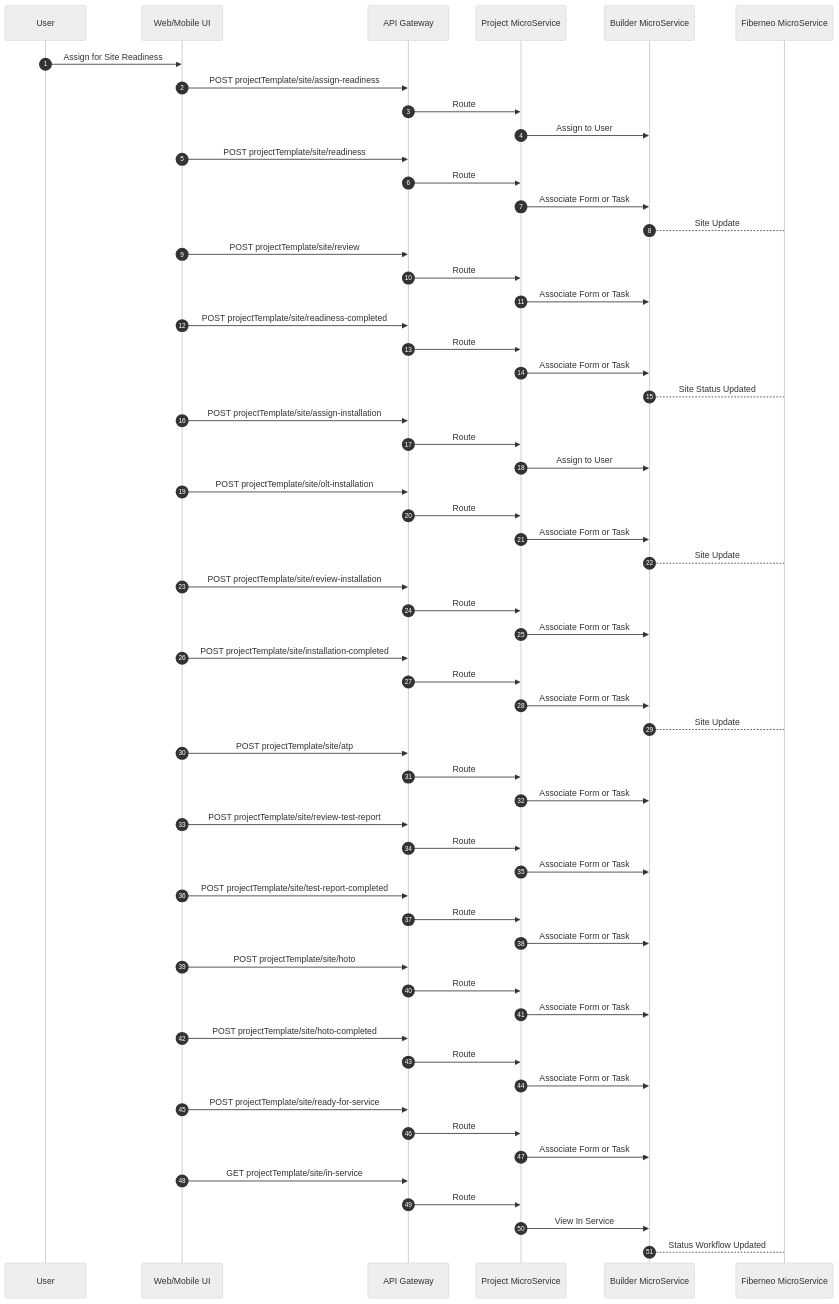
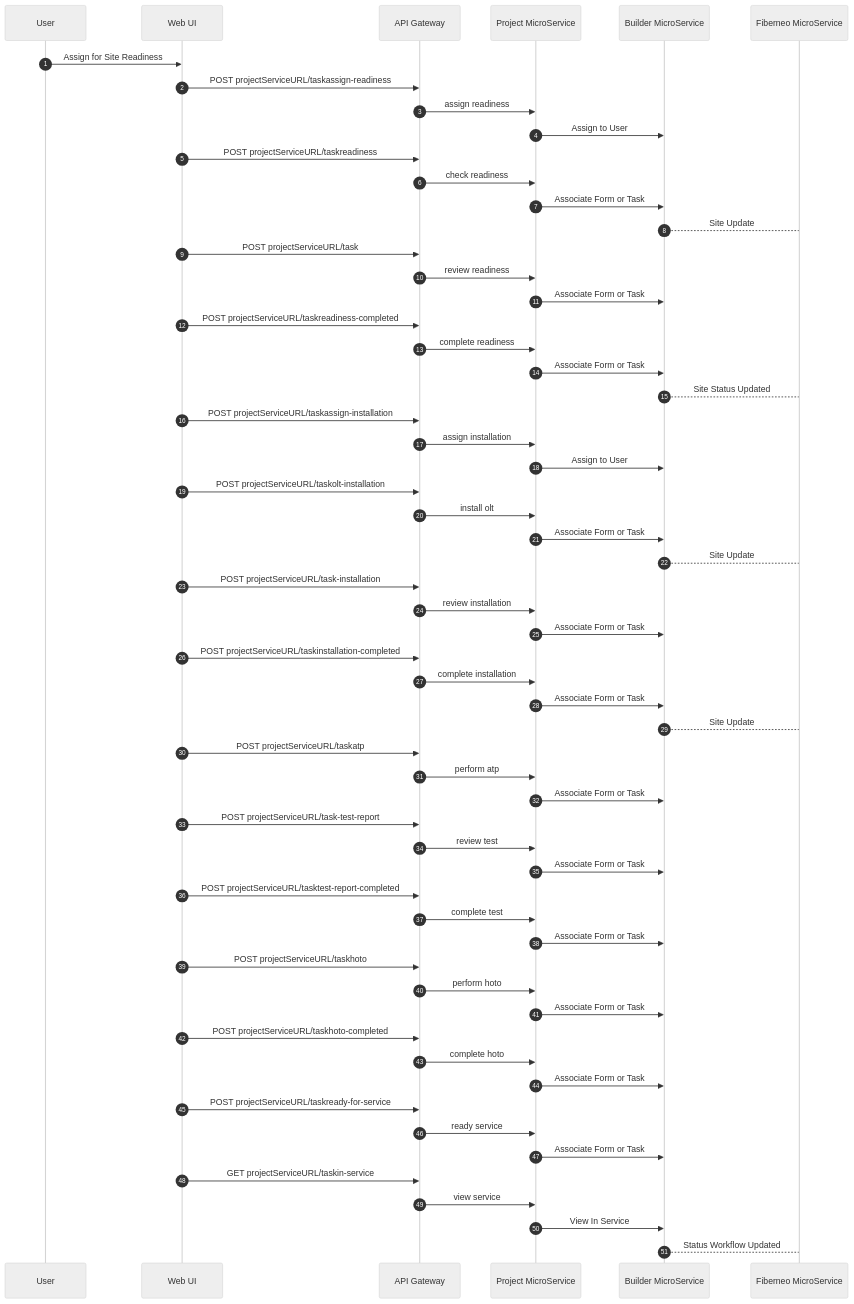
Before and after one commit to BhavikVisionGit/Fiberneo-Documents: the eighth of 11 diagrams in Fiberneo-Document/LLD/LLD.md, drawn with Mermaid (neutral theme). The commit also changed other lines of this file, not shown here.

````diff
--- a/Fiberneo-Document/LLD/LLD.md
+++ b/Fiberneo-Document/LLD/LLD.md
@@ -555,76 +404,76 @@
 ```mermaid
 sequenceDiagram
   autonumber
   participant U as User
-  participant UI as Web/Mobile UI
+  participant UI as Web UI
   participant GW as API Gateway
   participant PG as Project MicroService
   participant BD as Builder MicroService
   participant FN as Fiberneo MicroService
 
   U->>UI: Assign for Site Readiness
-  UI->>GW: POST projectTemplate/site/assign-readiness
-  GW->>PG: Route
+  UI->>GW: POST projectServiceURL/taskassign-readiness
+  GW->>PG: assign readiness
   PG->>BD: Assign to User
 
-  UI->>GW: POST projectTemplate/site/readiness
-  GW->>PG: Route
+  UI->>GW: POST projectServiceURL/taskreadiness
+  GW->>PG: check readiness
   PG->>BD: Associate Form or Task
   BD-->FN: Site Update
 
-  UI->>GW: POST projectTemplate/site/review
-  GW->>PG: Route
+  UI->>GW: POST projectServiceURL/task
+  GW->>PG: review readiness
   PG->>BD: Associate Form or Task
 
-  UI->>GW: POST projectTemplate/site/readiness-completed
-  GW->>PG: Route
+  UI->>GW: POST projectServiceURL/taskreadiness-completed
+  GW->>PG: complete readiness
   PG->>BD: Associate Form or Task
   BD-->FN: Site Status Updated
 
-  UI->>GW: POST projectTemplate/site/assign-installation
-  GW->>PG: Route
+  UI->>GW: POST projectServiceURL/taskassign-installation
+  GW->>PG: assign installation
   PG->>BD: Assign to User
 
-  UI->>GW: POST projectTemplate/site/olt-installation
-  GW->>PG: Route
+  UI->>GW: POST projectServiceURL/taskolt-installation
+  GW->>PG: install olt
   PG->>BD: Associate Form or Task
   BD-->FN: Site Update
 
-  UI->>GW: POST projectTemplate/site/review-installation
-  GW->>PG: Route
+  UI->>GW: POST projectServiceURL/task-installation
+  GW->>PG: review installation
   PG->>BD: Associate Form or Task
 
-  UI->>GW: POST projectTemplate/site/installation-completed
-  GW->>PG: Route
+  UI->>GW: POST projectServiceURL/taskinstallation-completed
+  GW->>PG: complete installation
   PG->>BD: Associate Form or Task
   BD-->FN: Site Update
 
-  UI->>GW: POST projectTemplate/site/atp
-  GW->>PG: Route
+  UI->>GW: POST projectServiceURL/taskatp
+  GW->>PG: perform atp
   PG->>BD: Associate Form or Task
 
-  UI->>GW: POST projectTemplate/site/review-test-report
-  GW->>PG: Route
+  UI->>GW: POST projectServiceURL/task-test-report
+  GW->>PG: review test
   PG->>BD: Associate Form or Task
 
-  UI->>GW: POST projectTemplate/site/test-report-completed
-  GW->>PG: Route
+  UI->>GW: POST projectServiceURL/tasktest-report-completed
+  GW->>PG: complete test
   PG->>BD: Associate Form or Task
 
-  UI->>GW: POST projectTemplate/site/hoto
-  GW->>PG: Route
+  UI->>GW: POST projectServiceURL/taskhoto
+  GW->>PG: perform hoto
   PG->>BD: Associate Form or Task
 
-  UI->>GW: POST projectTemplate/site/hoto-completed
-  GW->>PG: Route
+  UI->>GW: POST projectServiceURL/taskhoto-completed
+  GW->>PG: complete hoto
   PG->>BD: Associate Form or Task
 
-  UI->>GW: POST projectTemplate/site/ready-for-service
-  GW->>PG: Route
+  UI->>GW: POST projectServiceURL/taskready-for-service
+  GW->>PG: ready service
   PG->>BD: Associate Form or Task
 
-  UI->>GW: GET projectTemplate/site/in-service
-  GW->>PG: Route
+  UI->>GW: GET projectServiceURL/taskin-service
+  GW->>PG: view service
   PG->>BD: View In Service
   BD-->FN: Status Workflow Updated
 ```
````
